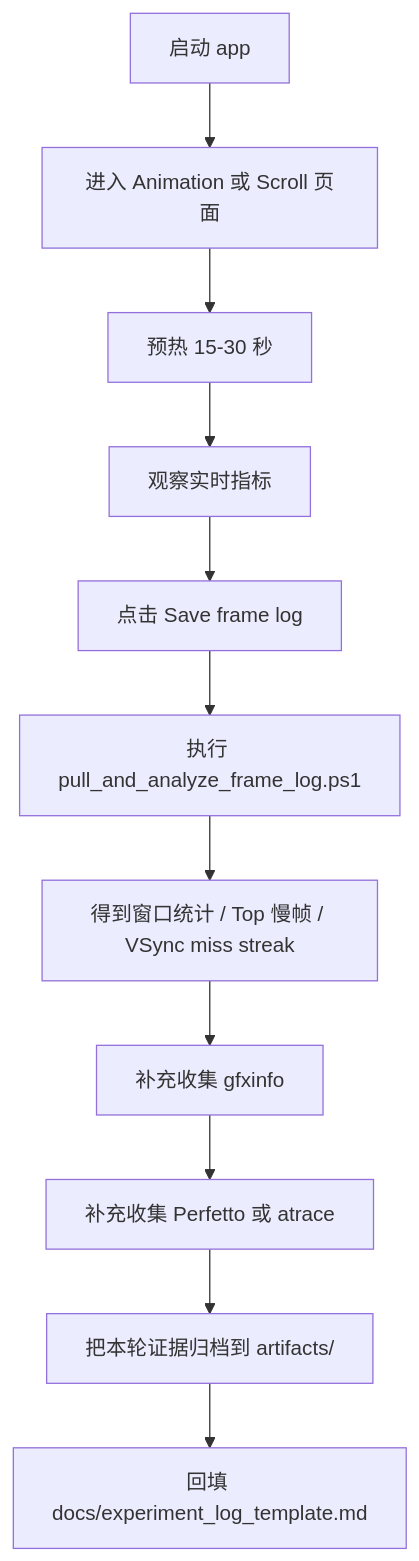
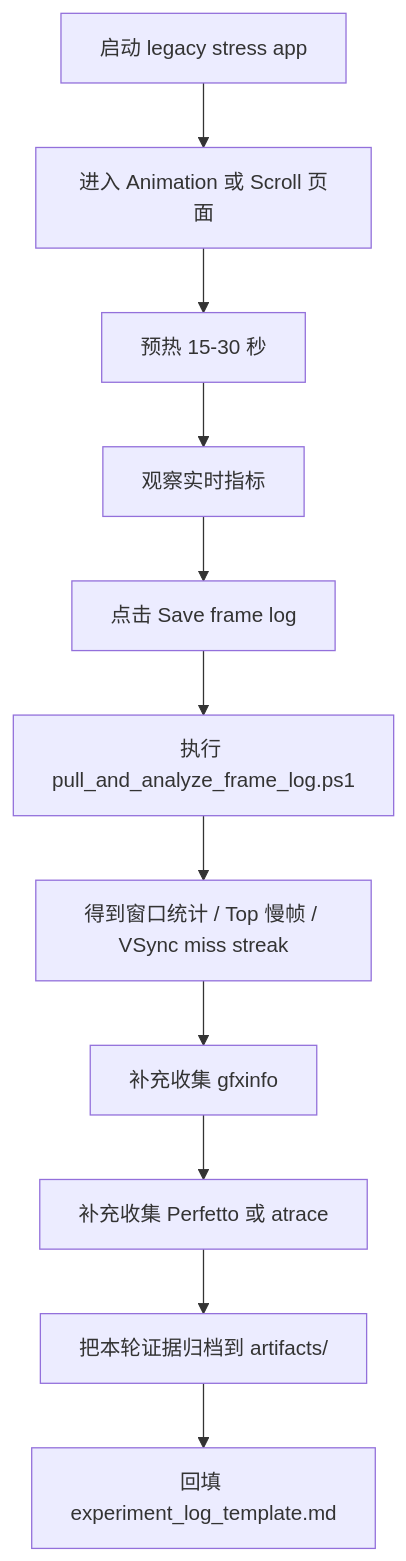
The fourth of 4 diagrams in docs/project_understanding.md (zyyziyunying/vsync_lab), drawn with Mermaid before and after one commit. The commit also changed other lines of this file and 17 other files, not shown here.

````diff
--- a/docs/project_understanding.md
+++ b/docs/project_understanding.md
@@ -303,13 +308,13 @@
 ```mermaid
 flowchart TD
-    A[启动 app] --> B[进入 Animation 或 Scroll 页面]
+    A[启动 legacy stress app] --> B[进入 Animation 或 Scroll 页面]
     B --> C[预热 15-30 秒]
     C --> D[观察实时指标]
     D --> E[点击 Save frame log]
     E --> F[执行 pull_and_analyze_frame_log.ps1]
     F --> G[得到窗口统计 / Top 慢帧 / VSync miss streak]
     G --> H[补充收集 gfxinfo]
     H --> I[补充收集 Perfetto 或 atrace]
     I --> J[把本轮证据归档到 artifacts/]
-    J --> K[回填 docs/experiment_log_template.md]
+    J --> K[回填 experiment_log_template.md]
 ```
````
